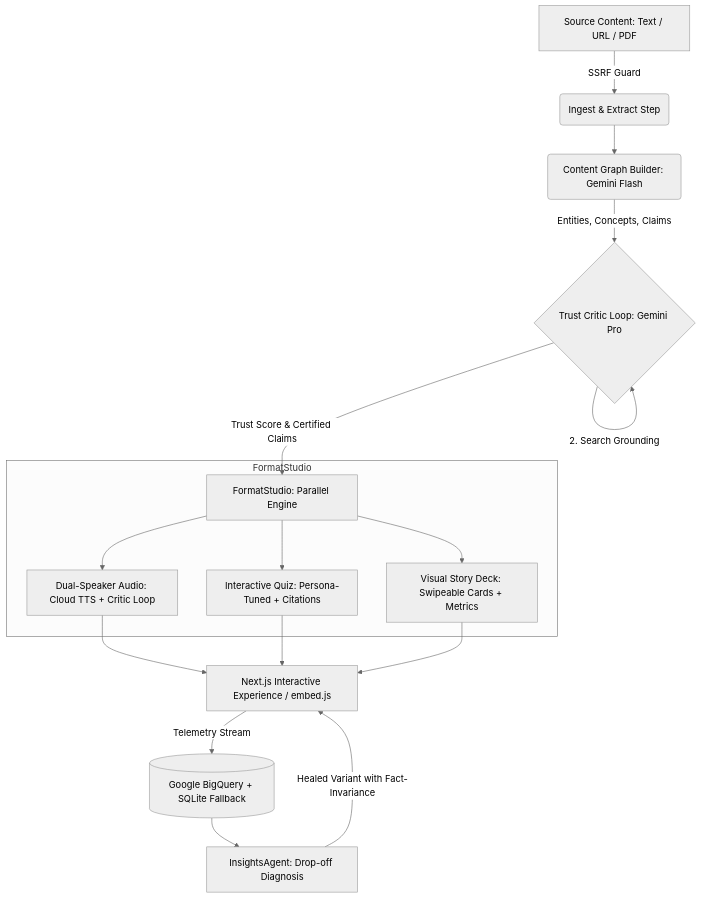
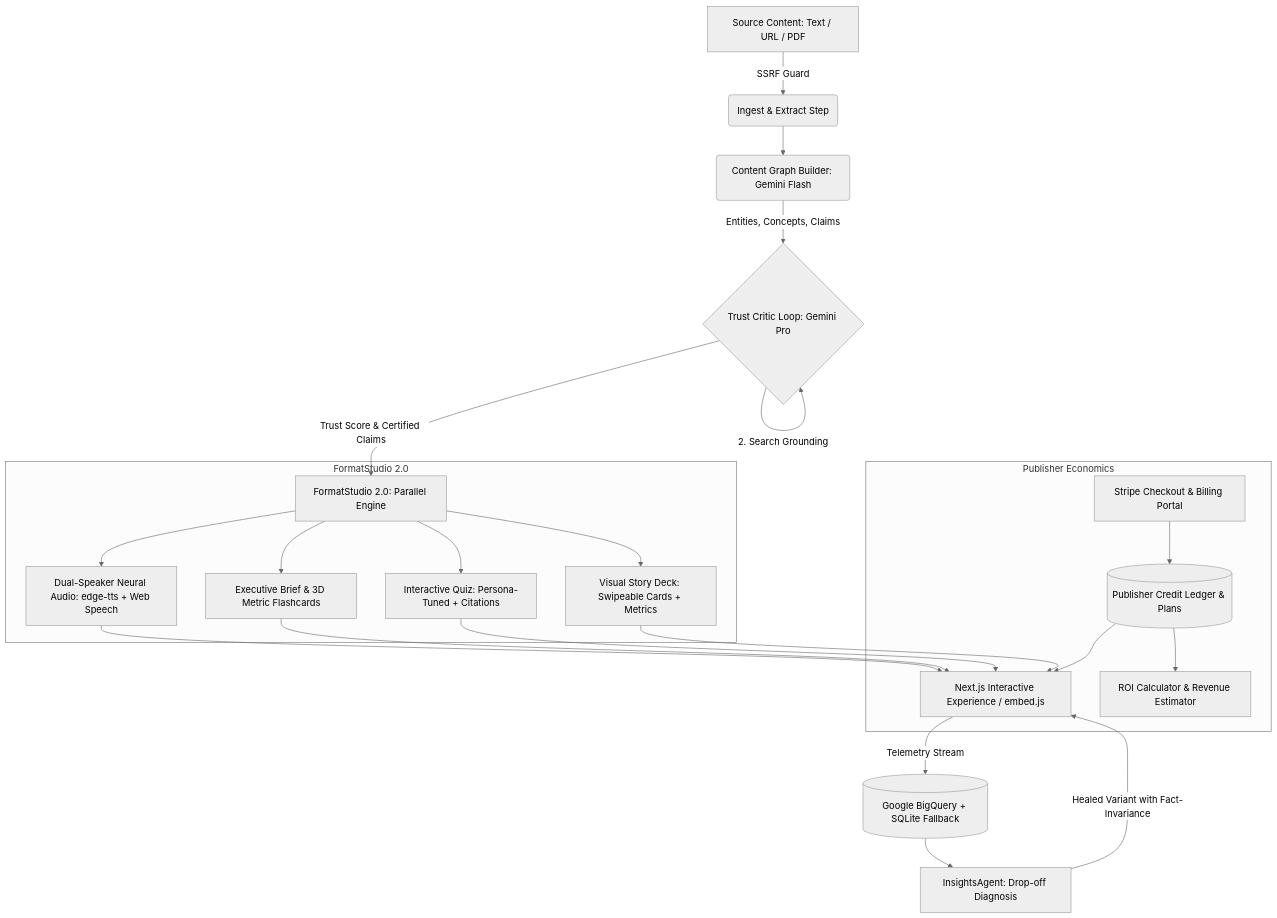
Before and after one commit to nizaalkhot/Kaleido: the diagram in README.md, drawn with Mermaid (neutral theme). The commit also changed other lines of this file and 32 other files, not shown here.

First line of the commit message:
feat: add publisher monetization & billing engine, executive brief view, and interactive showcase demo

````diff
--- a/README.md
+++ b/README.md
@@ -28,23 +54,31 @@
 ```mermaid
 graph TD
     A[Source Content: Text / URL / PDF] -->|SSRF Guard| B(Ingest & Extract Step)
     B --> C(Content Graph Builder: Gemini Flash)
     C -->|Entities, Concepts, Claims| D{Trust Critic Loop: Gemini Pro}
     D -->|1. Source Faithfulness| D
     D -->|2. Search Grounding| D
-    D -->|Trust Score & Certified Claims| E[FormatStudio: Parallel Engine]
+    D -->|Trust Score & Certified Claims| E[FormatStudio 2.0: Parallel Engine]
     
-    subgraph FormatStudio
-        E --> F[Dual-Speaker Audio: Cloud TTS + Critic Loop]
-        E --> G[Interactive Quiz: Persona-Tuned + Citations]
-        E --> H[Visual Story Deck: Swipeable Cards + Metrics]
+    subgraph FormatStudio 2.0
+        E --> F[Dual-Speaker Neural Audio: edge-tts + Web Speech]
+        E --> G[Executive Brief & 3D Metric Flashcards]
+        E --> H[Interactive Quiz: Persona-Tuned + Citations]
+        E --> I[Visual Story Deck: Swipeable Cards + Metrics]
     end
     
-    F --> I[Next.js Interactive Experience / embed.js]
-    G --> I
-    H --> I
+    F --> J[Next.js Interactive Experience / embed.js]
+    G --> J
+    H --> J
+    I --> J
     
-    I -->|Telemetry Stream| J[(Google BigQuery + SQLite Fallback)]
-    J --> K[InsightsAgent: Drop-off Diagnosis]
-    K -->|Healed Variant with Fact-Invariance| I
+    J -->|Telemetry Stream| K[(Google BigQuery + SQLite Fallback)]
+    K --> L[InsightsAgent: Drop-off Diagnosis]
+    L -->|Healed Variant with Fact-Invariance| J
+
+    subgraph Publisher Economics
+        M[Stripe Checkout & Billing Portal] --> N[(Publisher Credit Ledger & Plans)]
+        N --> J
+        N --> O[ROI Calculator & Revenue Estimator]
+    end
 ```
````
